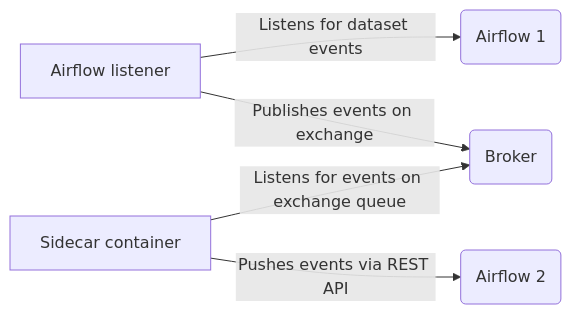
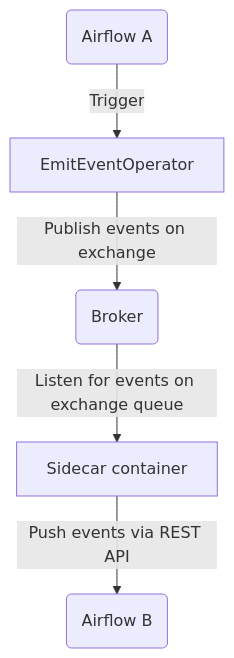
The second of 2 diagrams in README.md (jrderuiter/airbridge), drawn with Mermaid before and after one commit. The commit also changed other lines of this file and 25 other files, not shown here.

````diff
--- a/README.md
+++ b/README.md
@@ -26,16 +36,14 @@
 ```mermaid
-graph LR
-	airflow1(Airflow 1)
-	airflow2(Airflow 2)
+graph TB
+  airflow1(Airflow A)
+	airflow2(Airflow B)
 	broker(Broker)
-	listener[Airflow listener]
+	operator[EmitEventOperator]
 	sidecar[Sidecar container]
 
-	listener -->|Listens for dataset events| airflow1
-	listener -->|Publishes events on exchange| broker
+	airflow1 -->|Trigger| operator
+	operator -->|Publish events on exchange| broker
 
-	sidecar -->|Listens for events on exchange queue| broker
-	sidecar -->|Pushes events via REST API| airflow2
-
-
+	broker -->|Listen for events on exchange queue| sidecar
+	sidecar -->|Push events via REST API| airflow2
 ```
````
